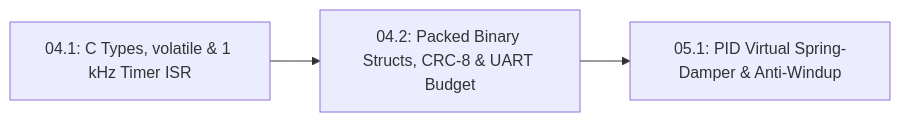
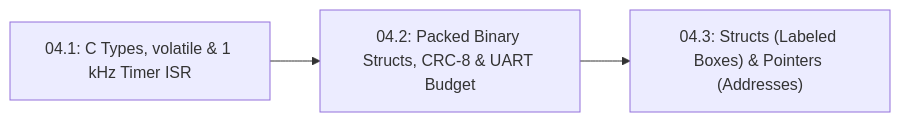
The diagram in 04-embedded-and-realtime/04.2-packed-structs-and-crc8-telemetry.md (TLE47/Mechatronics-Roadmap), drawn with Mermaid before and after one commit. The commit also changed other lines of this file and 35 other files, not shown here.

````diff
--- a/04-embedded-and-realtime/04.2-packed-structs-and-crc8-telemetry.md
+++ b/04-embedded-and-realtime/04.2-packed-structs-and-crc8-telemetry.md
@@ -29,5 +29,5 @@
 ```mermaid
 flowchart LR
     L041["04.1: C Types, volatile & 1 kHz Timer ISR"] --> L042["04.2: Packed Binary Structs, CRC-8 & UART Budget"]
-    L042 --> L051["05.1: PID Virtual Spring-Damper & Anti-Windup"]
+    L042 --> L043["04.3: Structs (Labeled Boxes) & Pointers (Addresses)"]
 ```
````
